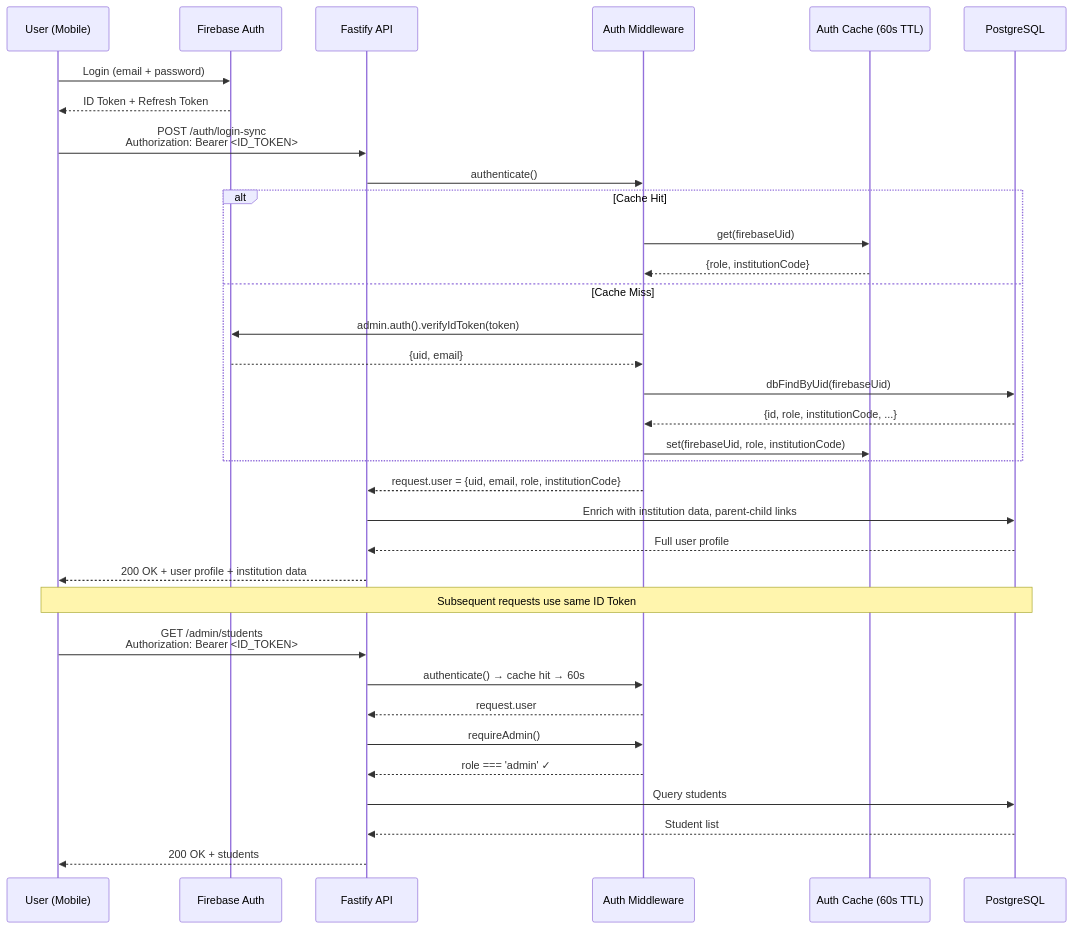
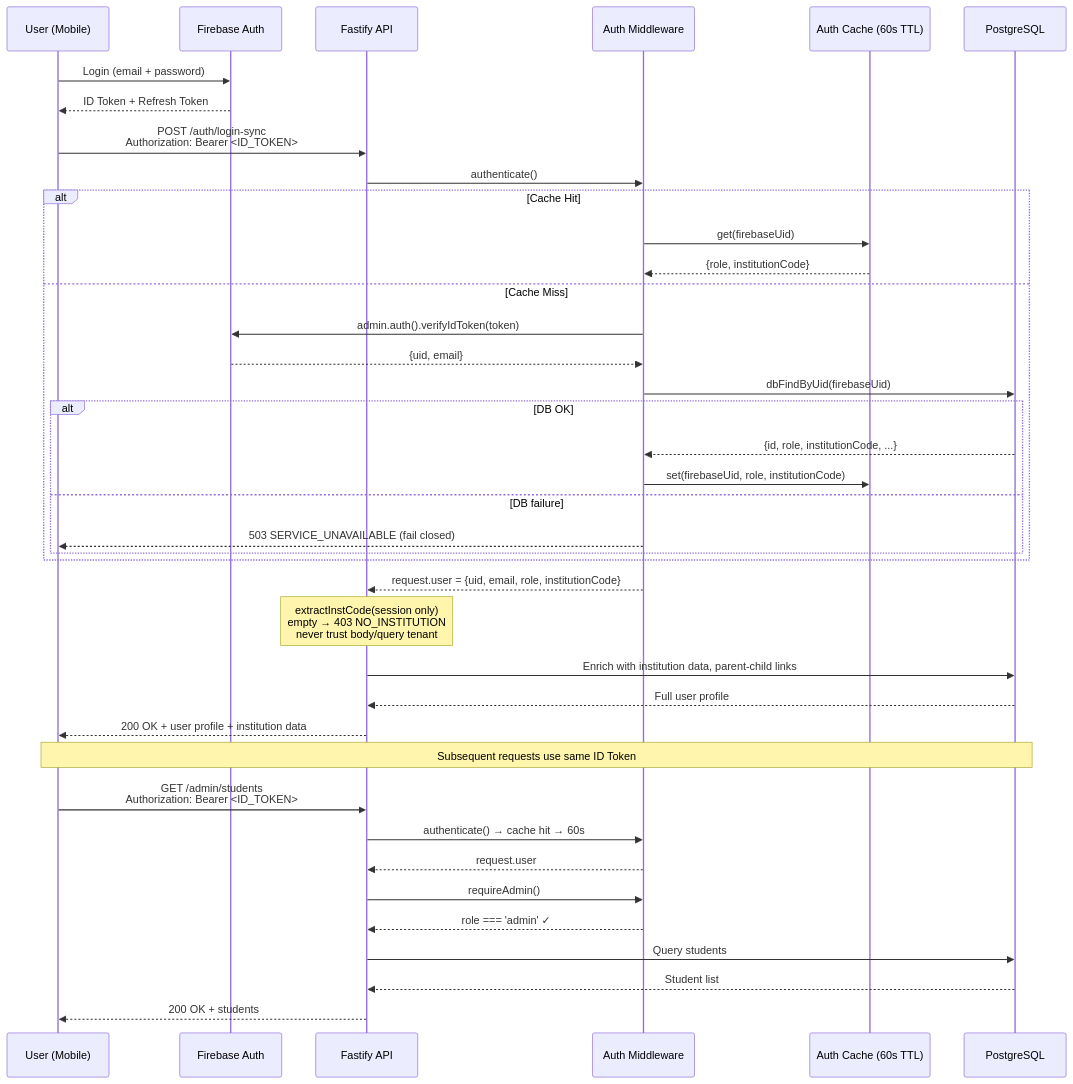
The third of 15 diagrams in ARCHITECTURE.md (schoolsolutionfound/schoolerpsystem), drawn with Mermaid before and after one commit. The commit also changed other lines of this file and 186 other files, not shown here.

````diff
--- a/ARCHITECTURE.md
+++ b/ARCHITECTURE.md
@@ -339,41 +380,46 @@
 ```mermaid
 sequenceDiagram
     participant U as User (Mobile)
     participant FA as Firebase Auth
     participant API as Fastify API
     participant MW as Auth Middleware
     participant Cache as Auth Cache (60s TTL)
     participant DB as PostgreSQL
 
     U->>FA: Login (email + password)
     FA-->>U: ID Token + Refresh Token
 
     U->>API: POST /auth/login-sync<br/>Authorization: Bearer <ID_TOKEN>
     API->>MW: authenticate()
 
     alt Cache Hit
         MW->>Cache: get(firebaseUid)
         Cache-->>MW: {role, institutionCode}
     else Cache Miss
         MW->>FA: admin.auth().verifyIdToken(token)
         FA-->>MW: {uid, email}
         MW->>DB: dbFindByUid(firebaseUid)
-        DB-->>MW: {id, role, institutionCode, ...}
-        MW->>Cache: set(firebaseUid, role, institutionCode)
+        alt DB OK
+            DB-->>MW: {id, role, institutionCode, ...}
+            MW->>Cache: set(firebaseUid, role, institutionCode)
+        else DB failure
+            MW-->>U: 503 SERVICE_UNAVAILABLE (fail closed)
+        end
     end
 
     MW-->>API: request.user = {uid, email, role, institutionCode}
+    Note over API: extractInstCode(session only)<br/>empty → 403 NO_INSTITUTION<br/>never trust body/query tenant
     API->>DB: Enrich with institution data, parent-child links
     DB-->>API: Full user profile
     API-->>U: 200 OK + user profile + institution data
 
     Note over U,DB: Subsequent requests use same ID Token
     U->>API: GET /admin/students<br/>Authorization: Bearer <ID_TOKEN>
     API->>MW: authenticate() → cache hit → 60s
     MW-->>API: request.user
     API->>MW: requireAdmin()
     MW-->>API: role === 'admin' ✓
     API->>DB: Query students
     DB-->>API: Student list
     API-->>U: 200 OK + students
 ```
````
